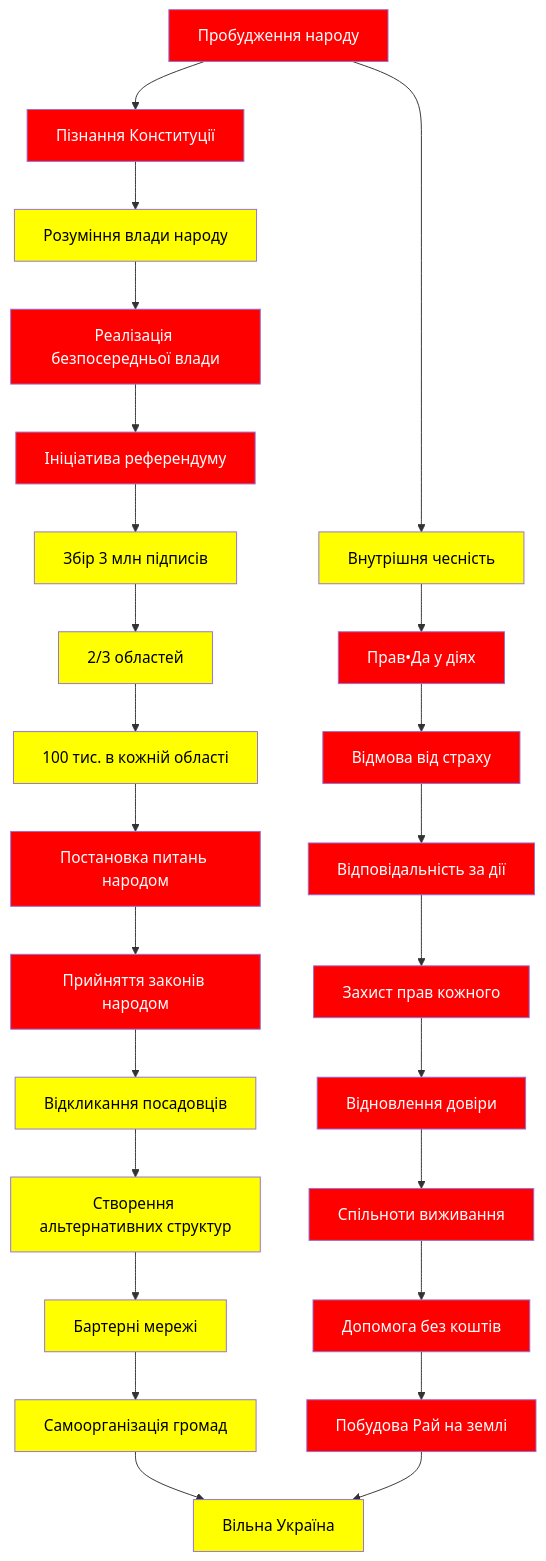
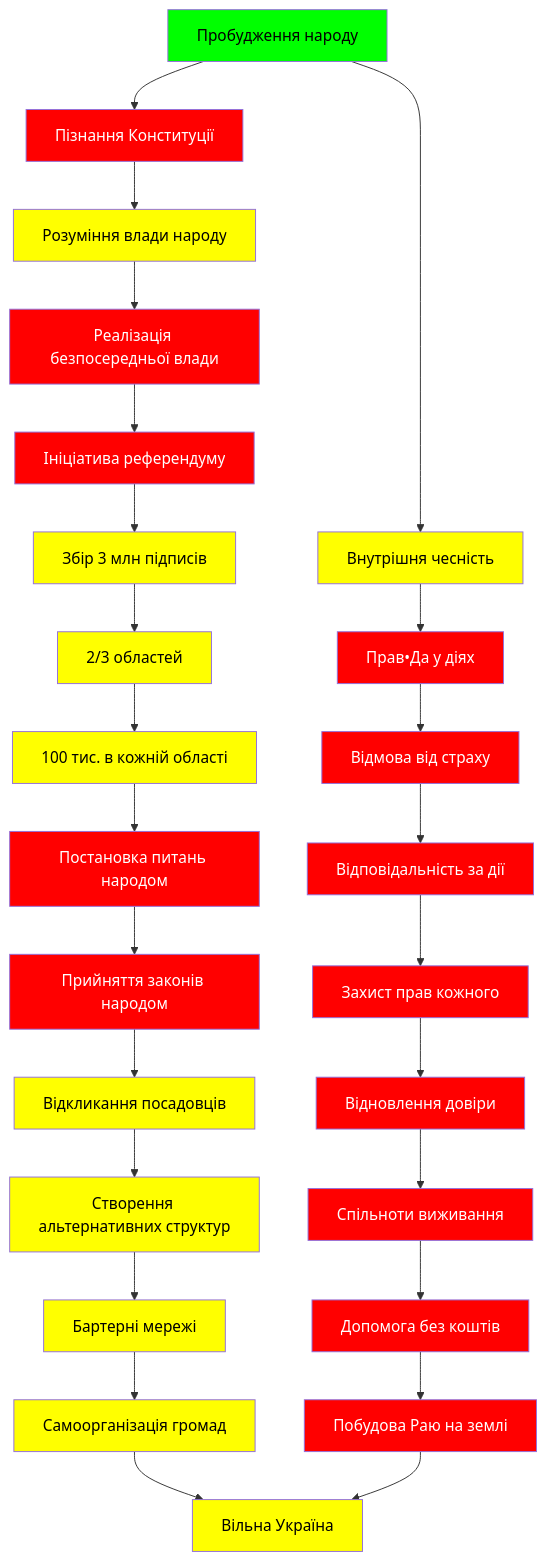
Before and after one commit to nan0web/verse: the diagram in state/ua/system.md, drawn with Mermaid.

Commit message:
Оновлення діаграми про вільний народ.

````diff
--- a/state/ua/system.md
+++ b/state/ua/system.md
@@ -253,36 +253,37 @@
 ```mermaid
 graph TD
     A[Пробудження народу] --> B[Пізнання Конституції]
     B --> C[Розуміння влади народу]
     C --> D[Реалізація безпосередньої влади]
     D --> E[Ініціатива референдуму]
     E --> F[Збір 3 млн підписів]
     F --> G[2/3 областей]
     G --> H[100 тис. в кожній області]
     H --> I[Постановка питань народом]
     I --> J[Прийняття законів народом]
     J --> K[Відкликання посадовців]
     K --> L[Створення альтернативних структур]
     L --> M[Бартерні мережі]
     M --> N[Самоорганізація громад]
     N --> O[Вільна Україна]
 
     A --> P[Внутрішня чесність]
     P --> Q[Прав•Да у діях]
     Q --> R[Відмова від страху]
     R --> S[Відповідальність за дії]
     S --> T[Захист прав кожного]
     T --> U[Відновлення довіри]
     U --> V[Спільноти виживання]
     V --> W[Допомога без коштів]
-    W --> X[Побудова Рай на землі]
+    W --> X[Побудова Раю на землі]
     X --> O
     
     classDef warn fill:#ff0000,color:#ffffff;
     classDef info fill:#ffff00,color:#000000;
     classDef norm fill:#00ff00,color:#000000;
     
-    class A,B,D,E,I,J,Q,R,S,T,U,V,W,X warn;
+    class A norm;
+    class B,D,E,I,J,Q,R,S,T,U,V,W,X warn;
     class C,F,G,H,K,L,M,N,O,P info;
     classDef default fill:#ffffff,color:#000000;
 ```
````
